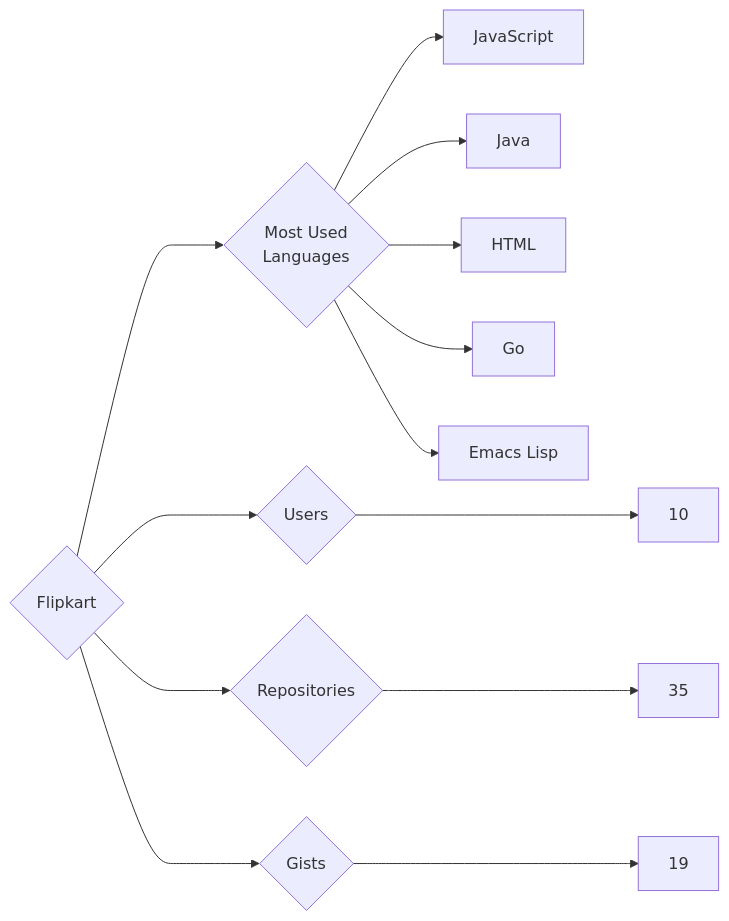
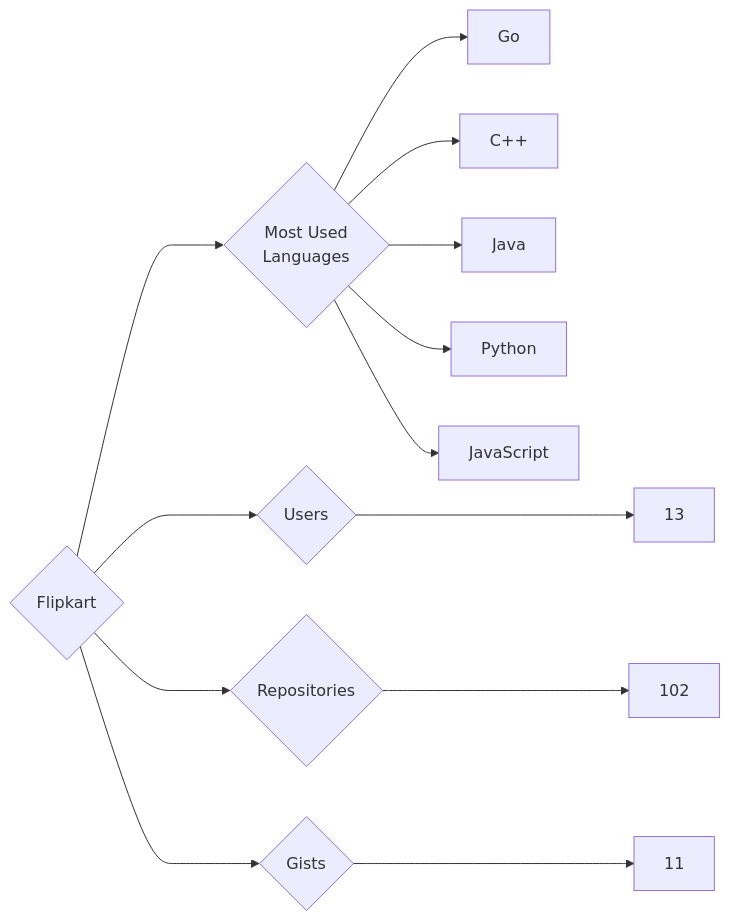
Before and after one commit to trickest/insiders: the diagram in targets/Flipkart/README.md, drawn with Mermaid. The commit also changed 720 other files, not shown here.

````diff
--- a/targets/Flipkart/README.md
+++ b/targets/Flipkart/README.md
@@ -3,13 +3,13 @@
 ```mermaid
 graph LR
 COMPANY_NAME{Flipkart}
-COMPANY_NAME ---> U{Users} ---> UN[10]
-COMPANY_NAME ---> R{Repositories} ---> RN[35]
-COMPANY_NAME ---> G{Gists} ---> GN[19]
+COMPANY_NAME ---> U{Users} ---> UN[13]
+COMPANY_NAME ---> R{Repositories} ---> RN[102]
+COMPANY_NAME ---> G{Gists} ---> GN[11]
 COMPANY_NAME ---> ML{Most Used<br>Languages}
+ML --> Go[Go]
+ML --> C++[C++]
+ML --> Java[Java]
+ML --> Python[Python]
 ML --> JavaScript[JavaScript]
-ML --> Java[Java]
-ML --> HTML[HTML]
-ML --> Go[Go]
-ML --> Emacs_Lisp[Emacs Lisp]
 ```
````
